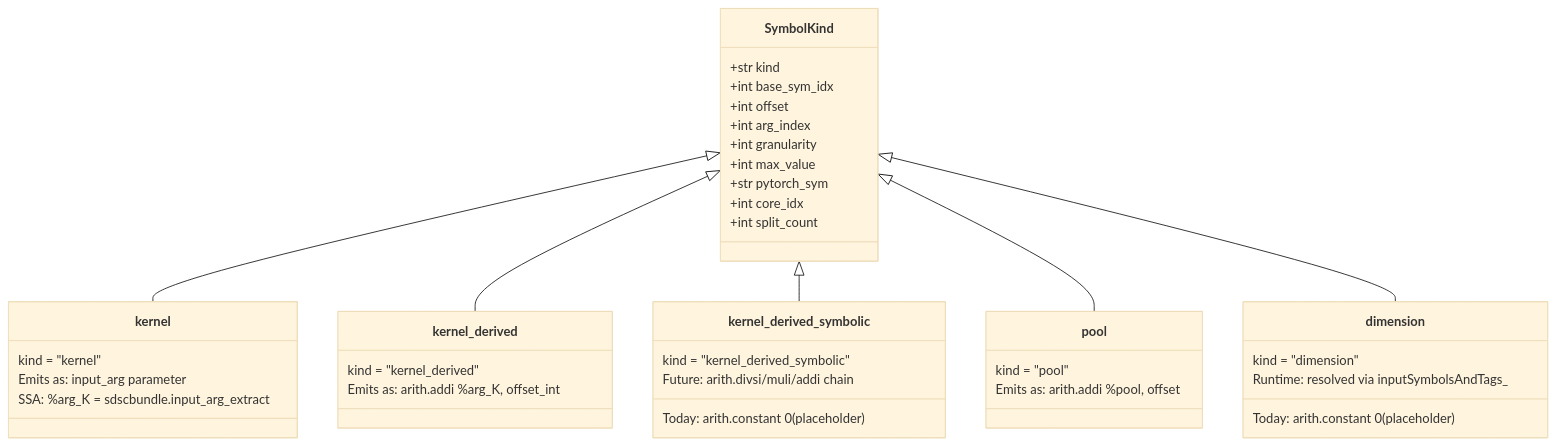
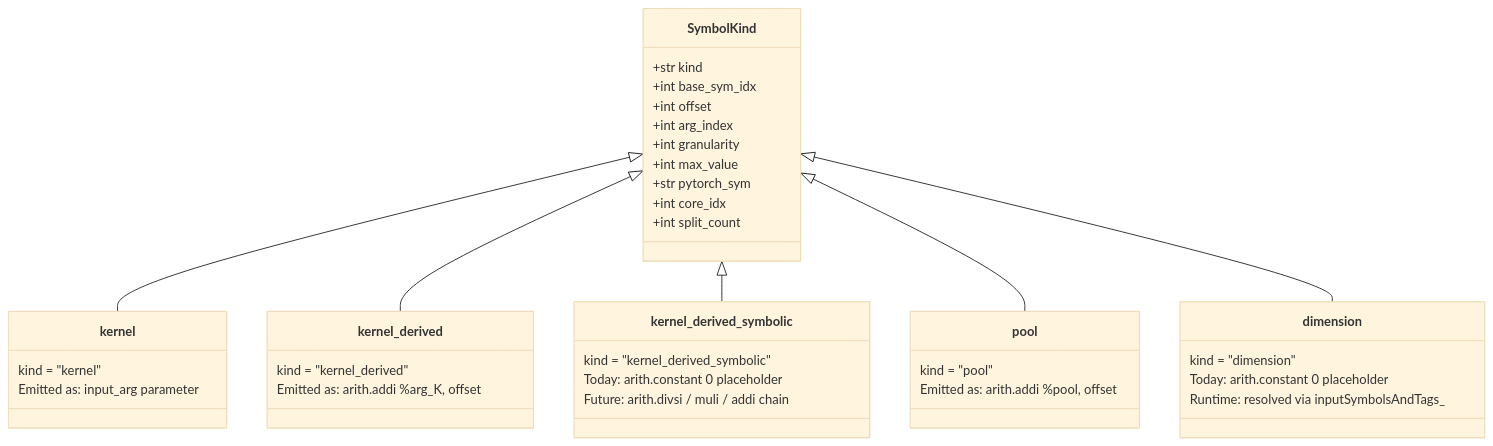
One commit to Vivek1258/torch-spyre changed the fifth of 5 diagrams in docs/source/compiler/Torch_Spyre_Dynamic_Shapes_Design.md. Above: the diagram before and after it, drawn with Mermaid (base theme). The commit also changed other lines of this file, not shown here.

````diff
--- a/docs/source/compiler/Torch_Spyre_Dynamic_Shapes_Design.md
+++ b/docs/source/compiler/Torch_Spyre_Dynamic_Shapes_Design.md
@@ -330,48 +296,47 @@
 ```mermaid
 classDiagram
     class SymbolKind {
         +str kind
         +int base_sym_idx
         +int offset
         +int arg_index
         +int granularity
         +int max_value
         +str pytorch_sym
         +int core_idx
         +int split_count
     }
 
     class kernel {
         kind = "kernel"
-        Emits as: input_arg parameter
-        SSA: %arg_K = sdscbundle.input_arg_extract
+        Emitted as: input_arg parameter
     }
 
     class kernel_derived {
         kind = "kernel_derived"
-        Emits as: arith.addi %arg_K, offset_int
+        Emitted as: arith.addi %arg_K, offset
     }
 
     class kernel_derived_symbolic {
         kind = "kernel_derived_symbolic"
-        Today: arith.constant 0 (placeholder)
-        Future: arith.divsi/muli/addi chain
+        Today: arith.constant 0 placeholder
+        Future: arith.divsi / muli / addi chain
     }
 
     class pool {
         kind = "pool"
-        Emits as: arith.addi %pool, offset
+        Emitted as: arith.addi %pool, offset
     }
 
     class dimension {
         kind = "dimension"
-        Today: arith.constant 0 (placeholder)
+        Today: arith.constant 0 placeholder
         Runtime: resolved via inputSymbolsAndTags_
     }
 
     SymbolKind <|-- kernel
     SymbolKind <|-- kernel_derived
     SymbolKind <|-- kernel_derived_symbolic
     SymbolKind <|-- pool
     SymbolKind <|-- dimension
 ```
````
